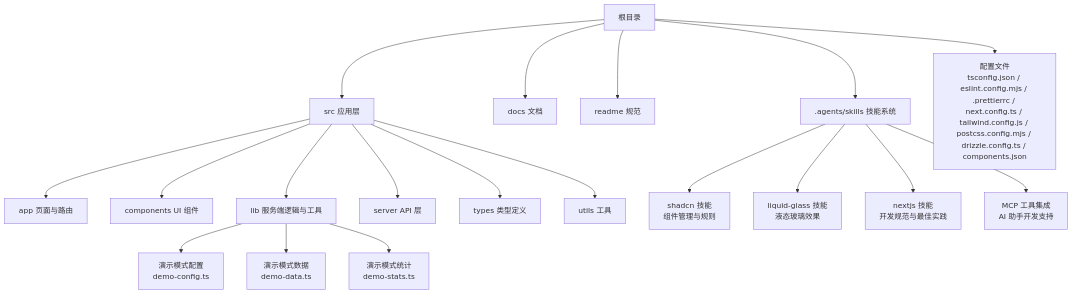
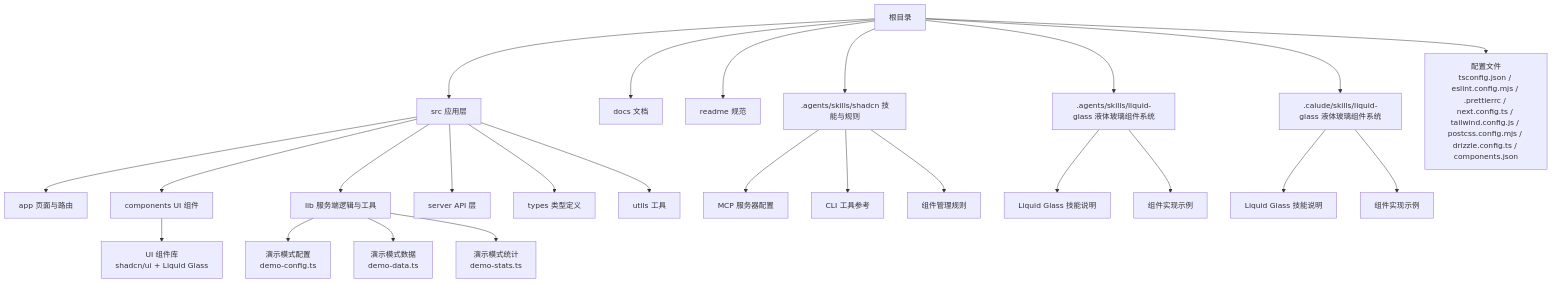
The first of 3 diagrams in .qoder/repowiki/zh/content/开发指南/开发指南.md (RadiumAg/AIGate), drawn with Mermaid before and after one commit. The commit also changed other lines of this file and 15 other files, not shown here.

````diff
--- a/.qoder/repowiki/zh/content/开发指南/开发指南.md
+++ b/.qoder/repowiki/zh/content/开发指南/开发指南.md
@@ -73,21 +69,27 @@
 ```mermaid
 graph TB
 A["根目录"] --> B["src 应用层"]
 A --> C["docs 文档"]
 A --> D["readme 规范"]
-A --> E[".agents/skills 技能系统"]
-A --> F["配置文件<br/>tsconfig.json / eslint.config.mjs / .prettierrc / next.config.ts / tailwind.config.js / postcss.config.mjs / drizzle.config.ts / components.json"]
+A --> E[".agents/skills/shadcn 技能与规则"]
+A --> F[".agents/skills/liquid-glass 液体玻璃组件系统"]
+A --> G[".calude/skills/liquid-glass 液体玻璃组件系统"]
+A --> H["配置文件<br/>tsconfig.json / eslint.config.mjs / .prettierrc / next.config.ts / tailwind.config.js / postcss.config.mjs / drizzle.config.ts / components.json"]
 B --> B1["app 页面与路由"]
 B --> B2["components UI 组件"]
 B --> B3["lib 服务端逻辑与工具"]
 B --> B4["server API 层"]
 B --> B5["types 类型定义"]
 B --> B6["utils 工具"]
+B2 --> B21["UI 组件库<br/>shadcn/ui + Liquid Glass"]
 B3 --> B31["演示模式配置<br/>demo-config.ts"]
 B3 --> B32["演示模式数据<br/>demo-data.ts"]
 B3 --> B33["演示模式统计<br/>demo-stats.ts"]
-E --> E1["shadcn 技能<br/>组件管理与规则"]
-E --> E2["liquid-glass 技能<br/>液态玻璃效果"]
-E --> E3["nextjs 技能<br/>开发规范与最佳实践"]
-E --> E4["MCP 工具集成<br/>AI 助手开发支持"]
+E --> E1["MCP 服务器配置"]
+E --> E2["CLI 工具参考"]
+E --> E3["组件管理规则"]
+F --> F1["Liquid Glass 技能说明"]
+F --> F2["组件实现示例"]
+G --> G1["Liquid Glass 技能说明"]
+G --> G2["组件实现示例"]
 ```
````
